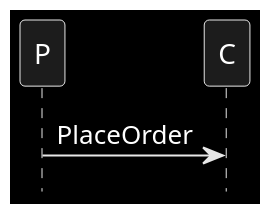
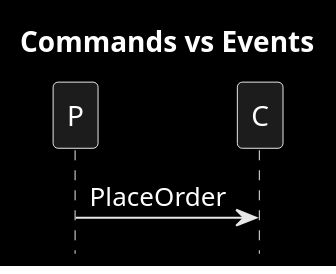
Before and after one commit to victorrentea/kafka: the diagram in patterns/0_commands_vs_events.puml, drawn with PlantUML. The commit also changed 15 other files, not shown here.

```diff
--- a/patterns/0_commands_vs_events.puml
+++ b/patterns/0_commands_vs_events.puml
@@ -1,6 +1,7 @@
 @startuml
+title Commands vs Events
 hide footbox
 skinparam monochrome reverse
 
 P->C: PlaceOrder
 @enduml
```
